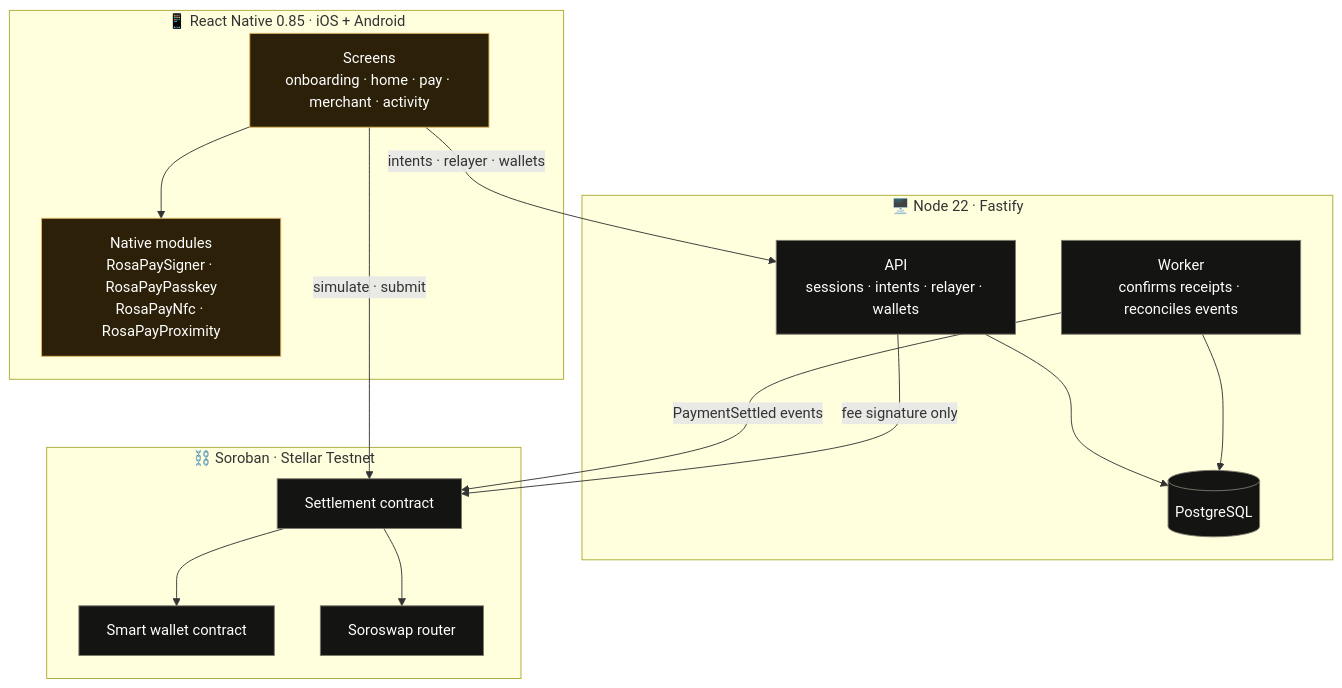
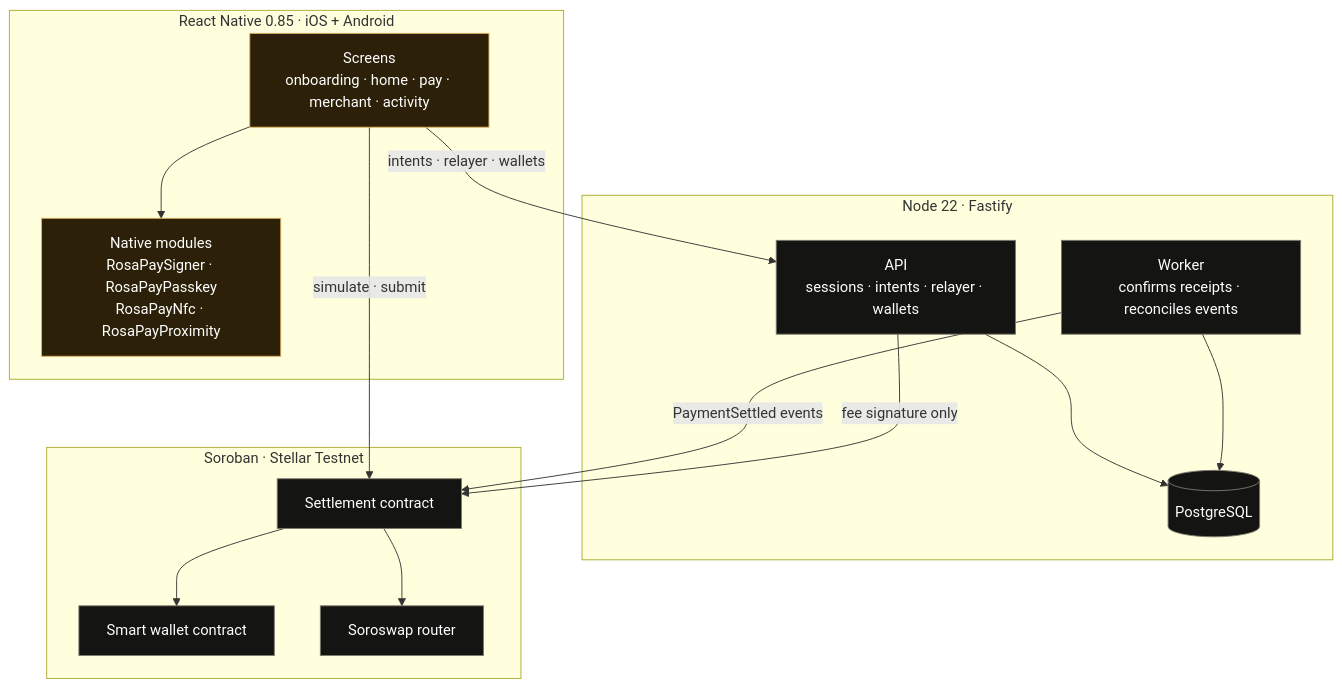
One commit to egekoca/RosaPayApplication changed the first of 5 diagrams in README.md. Above: the diagram before and after it, drawn with Mermaid. The commit also changed other lines of this file, not shown here.

````diff
--- a/README.md
+++ b/README.md
@@ -63,32 +63,32 @@
 ```mermaid
 flowchart TB
-    subgraph client["📱 React Native 0.85 · iOS + Android"]
+    subgraph client["React Native 0.85 · iOS + Android"]
         UI["Screens<br/>onboarding · home · pay · merchant · activity"]
         SIGN["Native modules<br/>RosaPaySigner · RosaPayPasskey<br/>RosaPayNfc · RosaPayProximity"]
     end
-    subgraph server["🖥️ Node 22 · Fastify"]
+    subgraph server["Node 22 · Fastify"]
         API["API<br/>sessions · intents · relayer · wallets"]
         WK["Worker<br/>confirms receipts · reconciles events"]
         DB[("PostgreSQL")]
     end
-    subgraph soroban["⛓️ Soroban · Stellar Testnet"]
+    subgraph soroban["Soroban · Stellar Testnet"]
         SET["Settlement contract"]
         WAL["Smart wallet contract"]
         SOR["Soroswap router"]
     end
 
     UI --> SIGN
     UI -->|"intents · relayer · wallets"| API
     UI -->|"simulate · submit"| SET
     API --> DB
     WK --> DB
     WK -->|"PaymentSettled events"| SET
     API -->|"fee signature only"| SET
     SET --> WAL
     SET --> SOR
 
     classDef m fill:#2C2008,stroke:#E0B45D,color:#fff
     classDef s fill:#141412,stroke:#7D786D,color:#fff
     class UI,SIGN m
     class API,WK,DB,SET,WAL,SOR s
 ```
````
